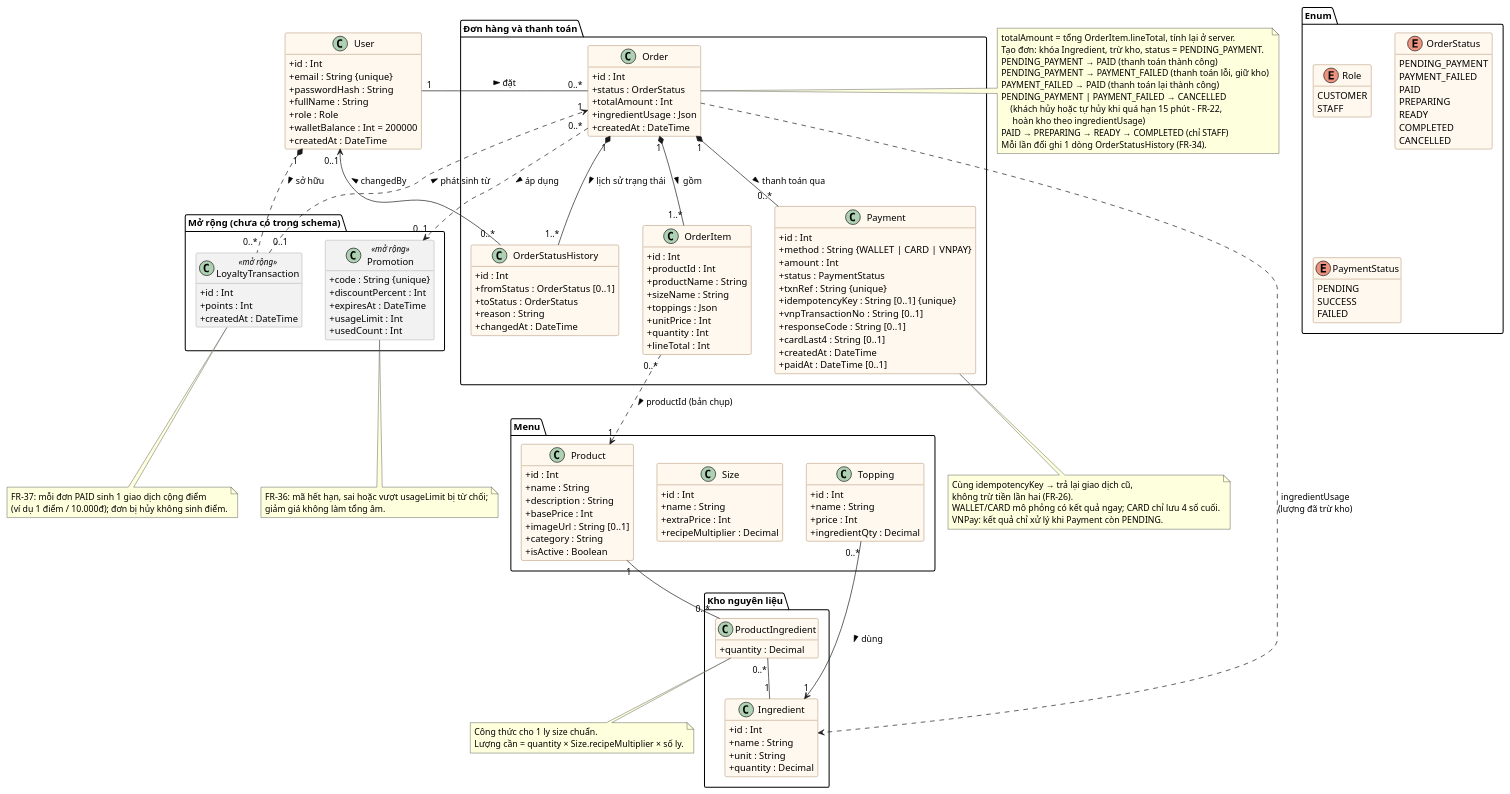
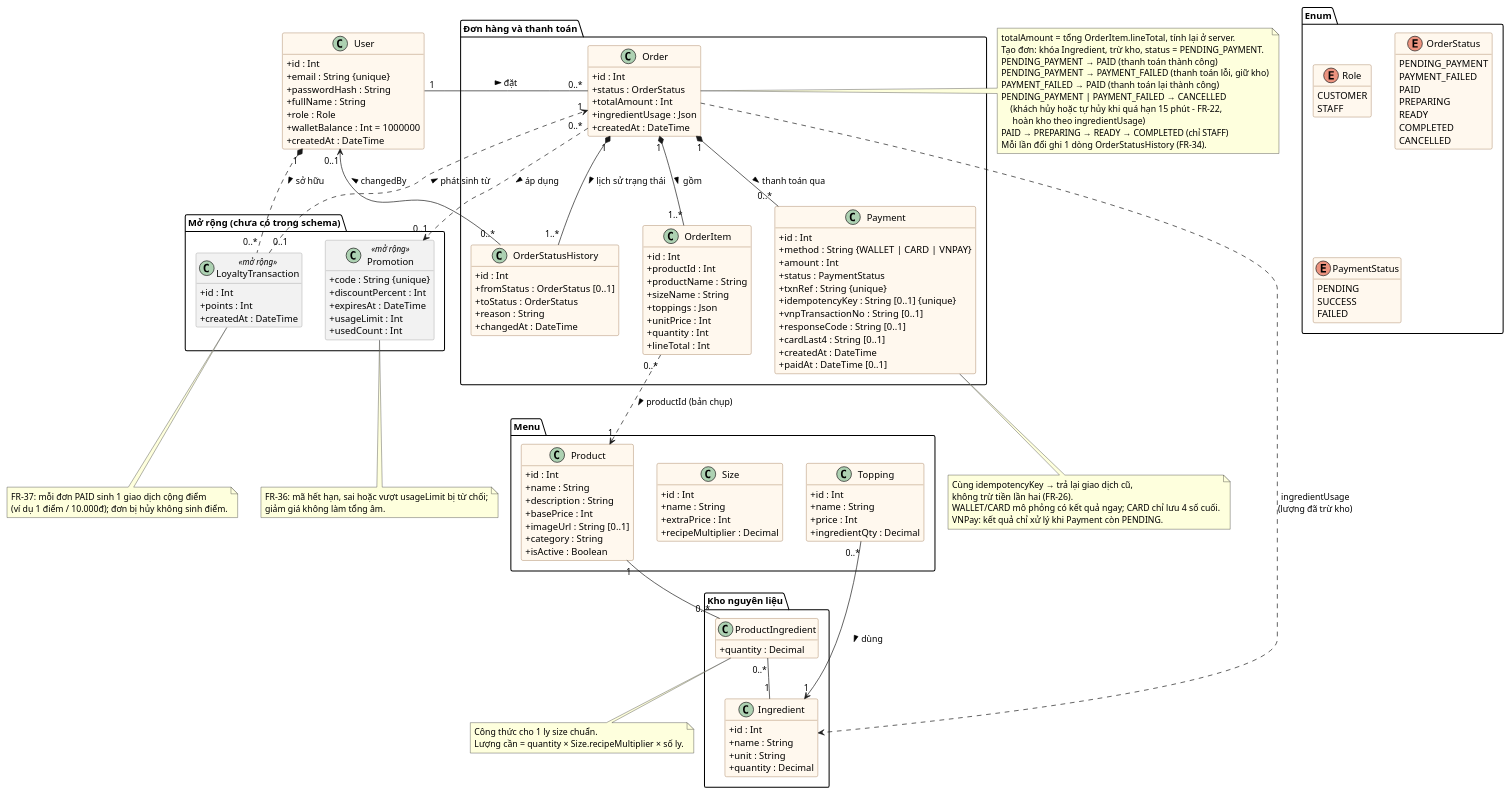
One commit to NguyenphamThaitu/FE_brewlite_hk1 changed the diagram in docs/diagrams/class-domain.puml. Above: the diagram before and after it, drawn with PlantUML. The commit also changed 1 other file, not shown here.

Commit message:
docs(task-2): set walletBalance default to 1000000 in class diagram

```diff
--- a/docs/diagrams/class-domain.puml
+++ b/docs/diagrams/class-domain.puml
@@ -1,190 +1,190 @@
 @startuml class-domain
 ' BrewLite - Class diagram muc domain (Task 2.3)
 ' Bam theo apps/api/prisma/schema.prisma. Mo ta: docs/diagrams/class-domain.md
 hide empty members
 skinparam classAttributeIconSize 0
 skinparam shadowing false
 skinparam class {
   BackgroundColor #FFF8EE
   BorderColor #8A5A2B
   BackgroundColor<<mở rộng>> #F2F2F2
   BorderColor<<mở rộng>> #888888
 }
 skinparam enum {
   BackgroundColor #EEF5FF
   BorderColor #3A6EA5
 }
 
 package "Enum" {
   enum Role {
     CUSTOMER
     STAFF
   }
   enum OrderStatus {
     PENDING_PAYMENT
     PAYMENT_FAILED
     PAID
     PREPARING
     READY
     COMPLETED
     CANCELLED
   }
   enum PaymentStatus {
     PENDING
     SUCCESS
     FAILED
   }
 }
 
 class User {
   + id : Int
   + email : String {unique}
   + passwordHash : String
   + fullName : String
   + role : Role
-  + walletBalance : Int = 200000
+  + walletBalance : Int = 1000000
   + createdAt : DateTime
 }
 
 package "Menu" {
   class Product {
     + id : Int
     + name : String
     + description : String
     + basePrice : Int
     + imageUrl : String [0..1]
     + category : String
     + isActive : Boolean
   }
   class Size {
     + id : Int
     + name : String
     + extraPrice : Int
     + recipeMultiplier : Decimal
   }
   class Topping {
     + id : Int
     + name : String
     + price : Int
     + ingredientQty : Decimal
   }
 }
 
 package "Kho nguyên liệu" {
   class Ingredient {
     + id : Int
     + name : String
     + unit : String
     + quantity : Decimal
   }
   class ProductIngredient {
     + quantity : Decimal
   }
 }
 
 package "Đơn hàng và thanh toán" {
   class Order {
     + id : Int
     + status : OrderStatus
     + totalAmount : Int
     + ingredientUsage : Json
     + createdAt : DateTime
   }
   class OrderItem {
     + id : Int
     + productId : Int
     + productName : String
     + sizeName : String
     + toppings : Json
     + unitPrice : Int
     + quantity : Int
     + lineTotal : Int
   }
   class Payment {
     + id : Int
     + method : String {WALLET | CARD | VNPAY}
     + amount : Int
     + status : PaymentStatus
     + txnRef : String {unique}
     + idempotencyKey : String [0..1] {unique}
     + vnpTransactionNo : String [0..1]
     + responseCode : String [0..1]
     + cardLast4 : String [0..1]
     + createdAt : DateTime
     + paidAt : DateTime [0..1]
   }
   class OrderStatusHistory {
     + id : Int
     + fromStatus : OrderStatus [0..1]
     + toStatus : OrderStatus
     + reason : String
     + changedAt : DateTime
   }
 }
 
 package "Mở rộng (chưa có trong schema)" {
   class Promotion <<mở rộng>> {
     + code : String {unique}
     + discountPercent : Int
     + expiresAt : DateTime
     + usageLimit : Int
     + usedCount : Int
   }
   class LoyaltyTransaction <<mở rộng>> {
     + id : Int
     + points : Int
     + createdAt : DateTime
   }
 }
 
 User "1" -- "0..*" Order : đặt >
 Order "1" *-- "1..*" OrderItem : gồm >
 OrderItem "0..*" ..> "1" Product : productId (bản chụp) >
 Order "1" *-- "0..*" Payment : thanh toán qua >
 Order "1" *-- "1..*" OrderStatusHistory : lịch sử trạng thái >
 OrderStatusHistory "0..*" --> "0..1" User : changedBy >
 
 Product "1" -- "0..*" ProductIngredient
 ProductIngredient "0..*" -- "1" Ingredient
 Topping "0..*" --> "1" Ingredient : dùng >
 Order ..> Ingredient : ingredientUsage\n(lượng đã trừ kho)
 
 Order "0..*" ..> "0..1" Promotion : áp dụng >
 User "1" *.. "0..*" LoyaltyTransaction : sở hữu >
 LoyaltyTransaction "0..1" ..> "1" Order : phát sinh từ >
 
 note bottom of Promotion
   FR-36: mã hết hạn, sai hoặc vượt usageLimit bị từ chối;
   giảm giá không làm tổng âm.
 end note
 
 note bottom of LoyaltyTransaction
   FR-37: mỗi đơn PAID sinh 1 giao dịch cộng điểm
   (ví dụ 1 điểm / 10.000đ); đơn bị hủy không sinh điểm.
 end note
 
 note right of Order
   totalAmount = tổng OrderItem.lineTotal, tính lại ở server.
   Tạo đơn: khóa Ingredient, trừ kho, status = PENDING_PAYMENT.
   PENDING_PAYMENT → PAID (thanh toán thành công)
   PENDING_PAYMENT → PAYMENT_FAILED (thanh toán lỗi, giữ kho)
   PAYMENT_FAILED → PAID (thanh toán lại thành công)
   PENDING_PAYMENT | PAYMENT_FAILED → CANCELLED
       (khách hủy hoặc tự hủy khi quá hạn 15 phút – FR-22,
        hoàn kho theo ingredientUsage)
   PAID → PREPARING → READY → COMPLETED (chỉ STAFF)
   Mỗi lần đổi ghi 1 dòng OrderStatusHistory (FR-34).
 end note
 
 note bottom of Payment
   Cùng idempotencyKey → trả lại giao dịch cũ,
   không trừ tiền lần hai (FR-26).
   WALLET/CARD mô phỏng có kết quả ngay; CARD chỉ lưu 4 số cuối.
   VNPay: kết quả chỉ xử lý khi Payment còn PENDING.
 end note
 
 note bottom of ProductIngredient
   Công thức cho 1 ly size chuẩn.
   Lượng cần = quantity × Size.recipeMultiplier × số ly.
 end note
 @enduml
```
